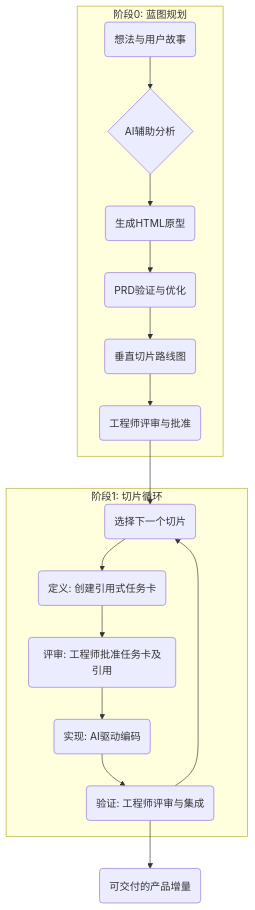
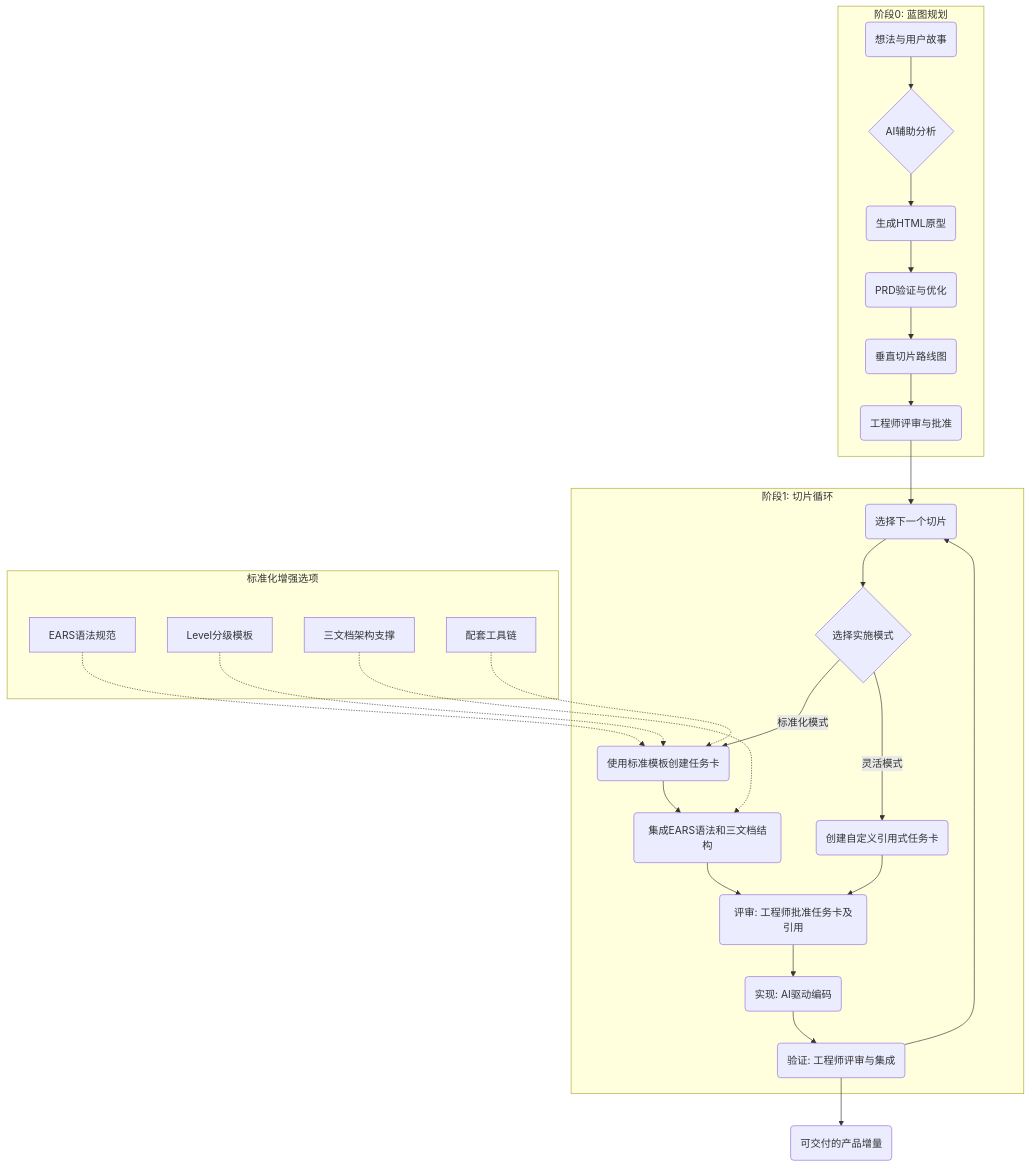
Before and after one commit to pace-eng/pace: the first of 3 diagrams in docs/zh/methodology/pace-1.0-规范.md, drawn with Mermaid. The commit also changed other lines of this file and 1 other file, not shown here.

````diff
--- a/docs/zh/methodology/pace-1.0-规范.md
+++ b/docs/zh/methodology/pace-1.0-规范.md
@@ -147,21 +149,36 @@
 ```mermaid
 graph TD
     subgraph "阶段0: 蓝图规划"
         A1(想法与用户故事) --> A2{AI辅助分析}
         A2 --> A3(生成HTML原型)
         A3 --> A4(PRD验证与优化)
         A4 --> A5(垂直切片路线图)
         A5 --> A6(工程师评审与批准)
     end
 
     subgraph "阶段1: 切片循环"
-        B1(选择下一个切片) --> B2(定义: 创建引用式任务卡)
-        B2 --> B3(评审: 工程师批准任务卡及引用)
+        B1(选择下一个切片) --> B1A{选择实施模式}
+        B1A -->|标准化模式| B2A(使用标准模板创建任务卡)
+        B1A -->|灵活模式| B2B(创建自定义引用式任务卡)
+        B2A --> B2C(集成EARS语法和三文档结构)
+        B2B --> B3(评审: 工程师批准任务卡及引用)
+        B2C --> B3
         B3 --> B4(实现: AI驱动编码)
         B4 --> B5(验证: 工程师评审与集成)
         B5 --> B1
     end
 
+    subgraph "标准化增强选项"
+        S1[EARS语法规范]
+        S2[Level分级模板]
+        S3[三文档架构支撑]
+        S4[配套工具链]
+    end
+
     A6 --> B1
     B5 --> C(可交付的产品增量)
+    S1 -.-> B2A
+    S2 -.-> B2A
+    S3 -.-> B2C
+    S4 -.-> B2A
 ```
````
